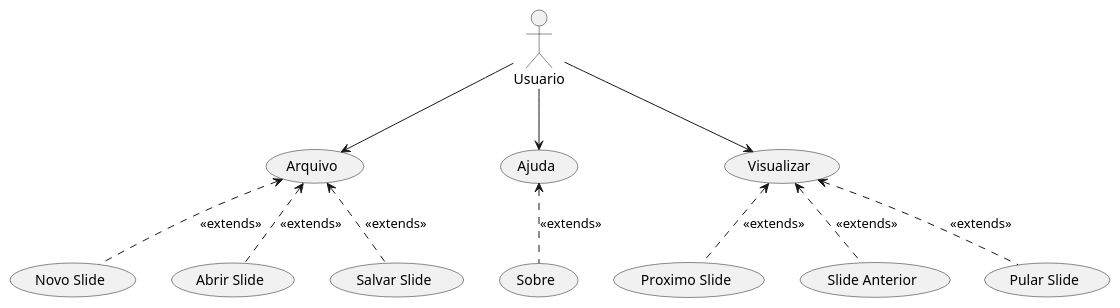
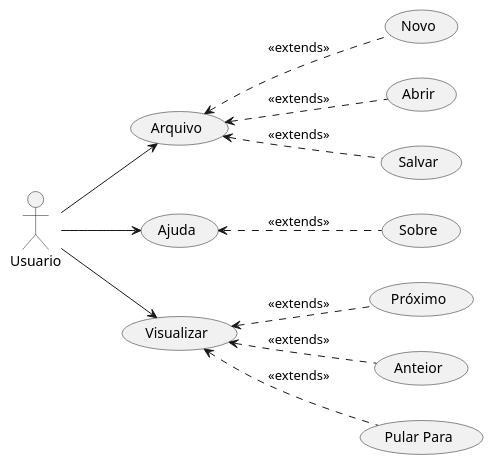
Before and after one commit to gabrielrtlima/diagramas-padroes-projeto: the diagram in casosDeUso/casosDeUso.puml, drawn with PlantUML.

Commit message:
ajustando caso de uso

```diff
--- a/casosDeUso/casosDeUso.puml
+++ b/casosDeUso/casosDeUso.puml
@@ -1,25 +1,26 @@
 @startuml
 
+left to right direction
 arquivo as (Arquivo)
-novoSlide as (Novo Slide)
-abrirSlide as (Abrir Slide)
-salvarSlide as (Salvar Slide)
+novoSlide as (Novo)
+abrirSlide as (Abrir)
+salvarSlide as (Salvar)
 abrirAjuda as (Ajuda)
 abrirSobre as (Sobre)
 visualizar as (Visualizar)
-proximoSlide as (Proximo Slide)
-slideAnterior as (Slide Anterior)
-pularPara as (Pular Slide)
+proximoSlide as (Próximo)
+slideAnterior as (Anteior)
+pularPara as (Pular Para)
 
 :Usuario: --> arquivo
 :Usuario: --> abrirAjuda
 :Usuario: --> visualizar
 abrirAjuda <.. abrirSobre : <<extends>>
 arquivo <.. novoSlide : <<extends>>
 arquivo <.. abrirSlide : <<extends>>
 arquivo <.. salvarSlide : <<extends>>
 visualizar <.. proximoSlide : <<extends>>
 visualizar <.. slideAnterior : <<extends>>
 visualizar <.. pularPara : <<extends>>
 
 @enduml
```
